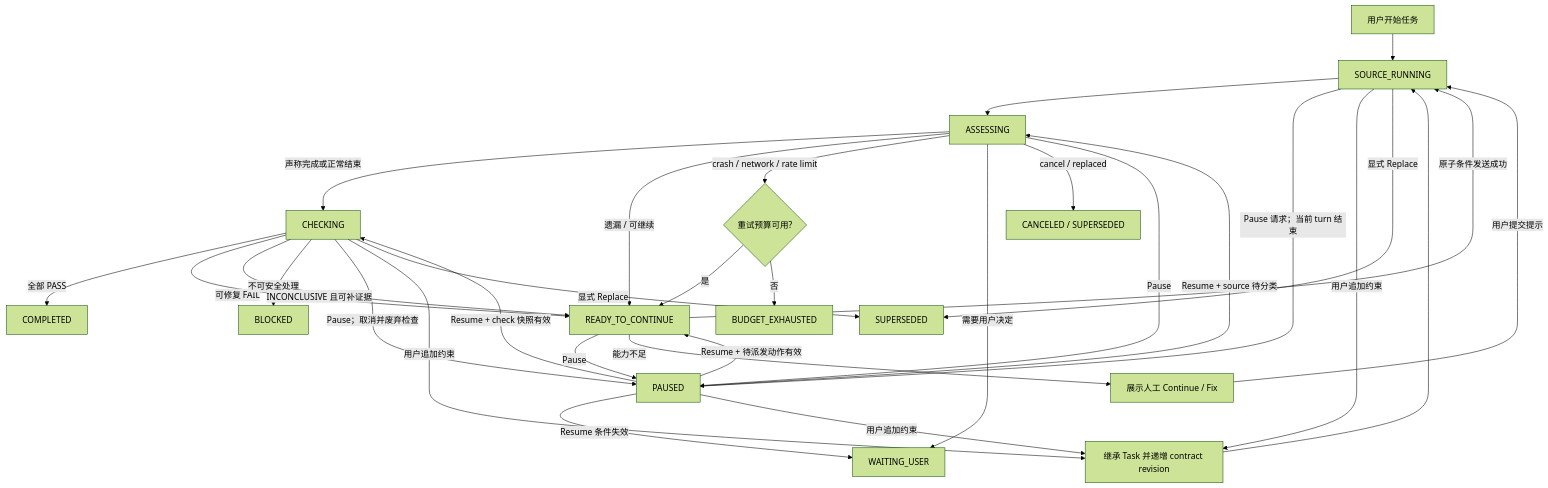
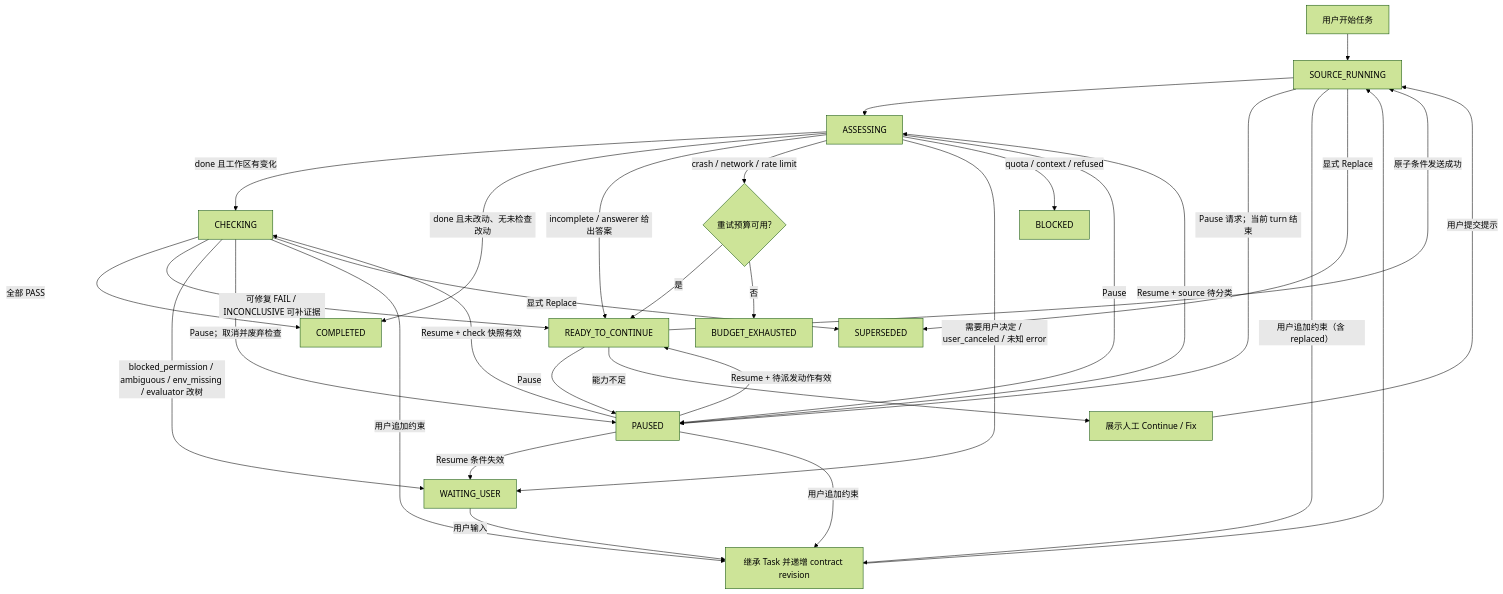
One commit to XUJiahua/paseo-post-turn-gate-plugin changed the diagram in docs/completion-supervisor.md. Above: the diagram before and after it, drawn with Mermaid (forest theme). The commit also changed other lines of this file and 1 other file, not shown here.

````diff
--- a/docs/completion-supervisor.md
+++ b/docs/completion-supervisor.md
@@ -168,33 +210,34 @@
 ```mermaid
 flowchart TD
     U[用户开始任务] --> R[SOURCE_RUNNING]
     R --> A[ASSESSING]
-    A -->|声称完成或正常结束| C[CHECKING]
-    A -->|遗漏 / 可继续| N[READY_TO_CONTINUE]
+    A -->|done 且工作区有变化| C[CHECKING]
+    A -->|done 且未改动、无未检查改动| D
+    A -->|incomplete / answerer 给出答案| N[READY_TO_CONTINUE]
     A -->|crash / network / rate limit| P{重试预算可用?}
     P -->|是| N
     P -->|否| B[BUDGET_EXHAUSTED]
-    A -->|需要用户决定| W[WAITING_USER]
-    A -->|cancel / replaced| T[CANCELED / SUPERSEDED]
+    A -->|需要用户决定 / user_canceled / 未知 error| W[WAITING_USER]
+    A -->|quota / context / refused| X[BLOCKED]
     C -->|全部 PASS| D[COMPLETED]
-    C -->|可修复 FAIL| N
-    C -->|INCONCLUSIVE 且可补证据| N
-    C -->|不可安全处理| X[BLOCKED]
+    C -->|可修复 FAIL / INCONCLUSIVE 可补证据| N
+    C -->|blocked_permission / ambiguous / env_missing / evaluator 改树| W
+    W -->|用户输入| Q
     R -->|Pause 请求；当前 turn 结束| H[PAUSED]
     A -->|Pause| H
     C -->|Pause；取消并废弃检查| H
     N -->|Pause| H
     H -->|Resume + 待派发动作有效| N
     H -->|Resume + source 待分类| A
     H -->|Resume + check 快照有效| C
     H -->|Resume 条件失效| W
     H -->|用户追加约束| Q
     N -->|原子条件发送成功| R
     N -->|能力不足| M[展示人工 Continue / Fix]
     M -->|用户提交提示| R
-    R -->|用户追加约束| Q[继承 Task 并递增 contract revision]
+    R -->|用户追加约束（含 replaced）| Q[继承 Task 并递增 contract revision]
     C -->|用户追加约束| Q
     Q --> R
     R -->|显式 Replace| S[SUPERSEDED]
     C -->|显式 Replace| S
 ```
````
